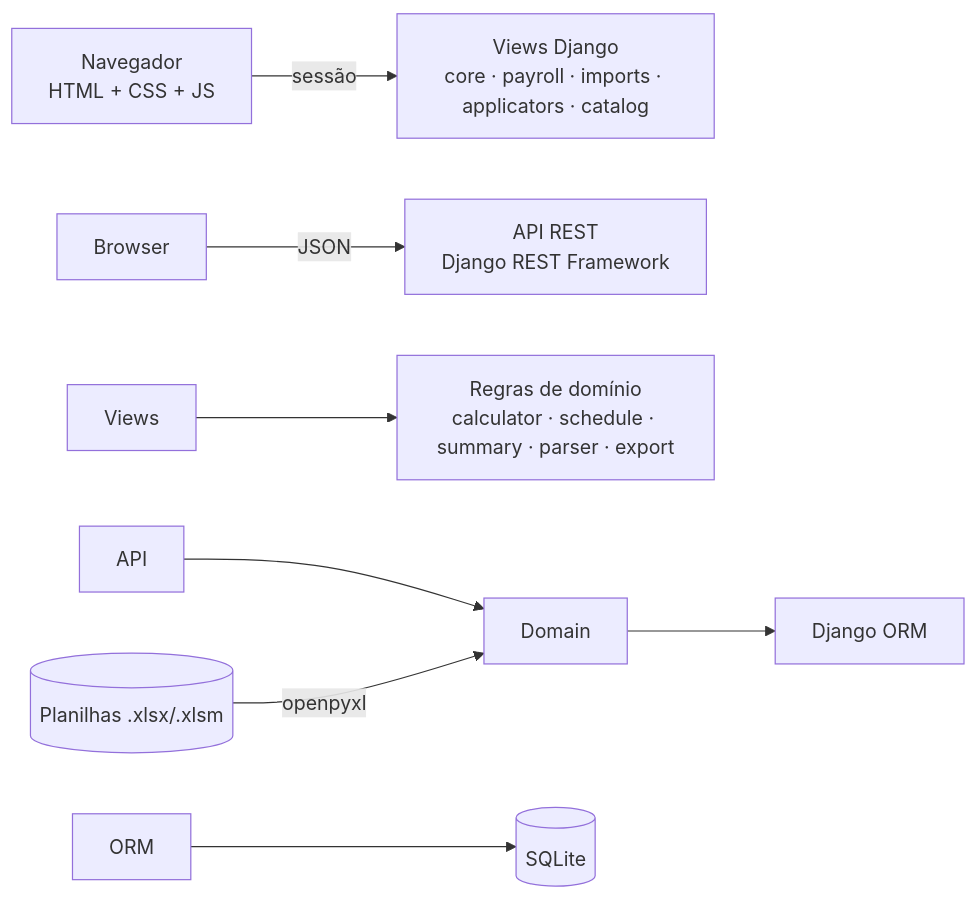
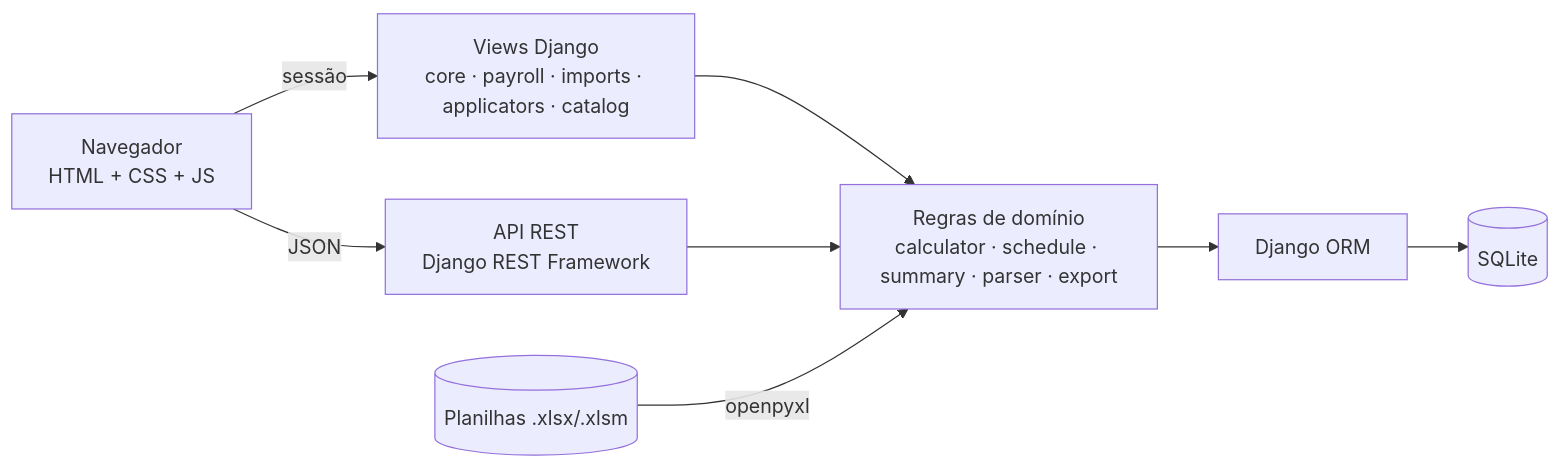
One commit to bernardozschaber/tp1-eng-soft changed the third of 3 diagrams in README.md. Above: the diagram before and after it, drawn with Mermaid. The commit also changed other lines of this file, not shown here.

Commit message:
docs(readme): corrige diagramas mermaid e regra de consistência

````diff
--- a/README.md
+++ b/README.md
@@ -276,10 +276,10 @@
 ```mermaid
 flowchart LR
-    Browser\\\[Navegador<br/>HTML + CSS + JS] -->|sessão| Views\\\[Views Django<br/>core · payroll · imports · applicators · catalog]
-    Browser -->|JSON| API\\\[API REST<br/>Django REST Framework]
-    Views --> Domain\\\[Regras de domínio<br/>calculator · schedule · summary · parser · export]
+    Browser[Navegador<br/>HTML + CSS + JS] -->|sessão| Views[Views Django<br/>core · payroll · imports · applicators · catalog]
+    Browser -->|JSON| API[API REST<br/>Django REST Framework]
+    Views --> Domain[Regras de domínio<br/>calculator · schedule · summary · parser · export]
     API --> Domain
-    Domain --> ORM\\\[Django ORM]
-    ORM --> DB\\\[(SQLite)]
-    Excel\\\[(Planilhas .xlsx/.xlsm)] -->|openpyxl| Domain
+    Domain --> ORM[Django ORM]
+    ORM --> DB[(SQLite)]
+    Excel[(Planilhas .xlsx/.xlsm)] -->|openpyxl| Domain
 ```
````
